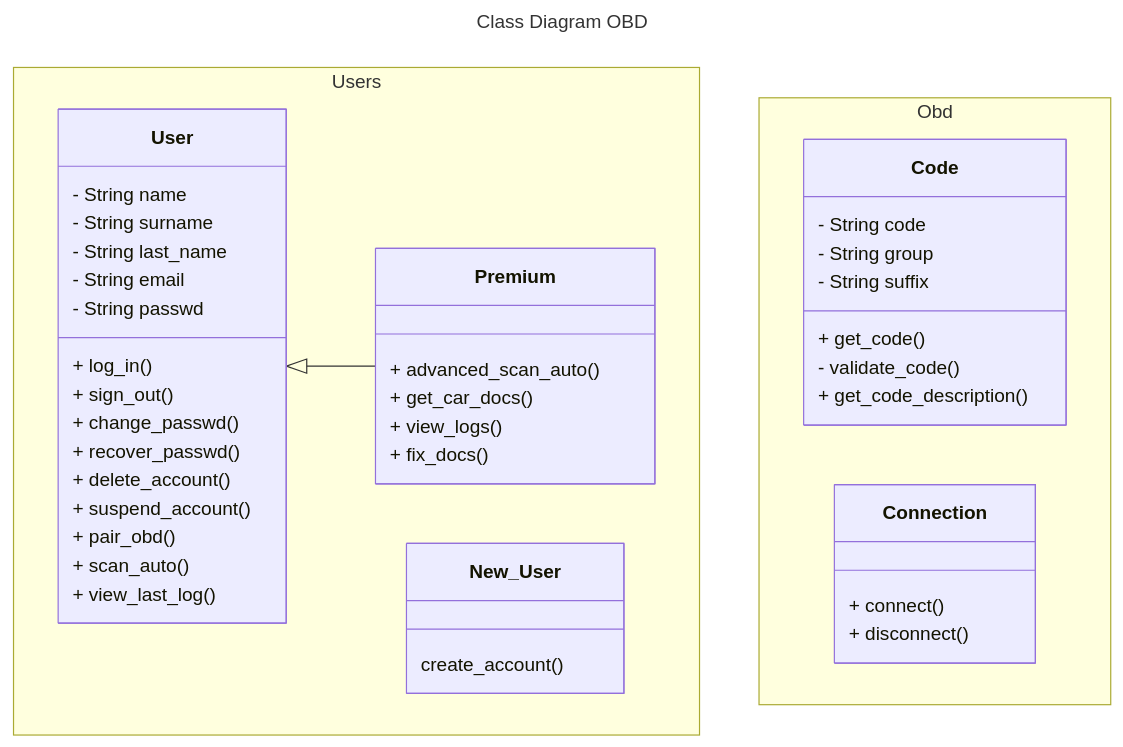
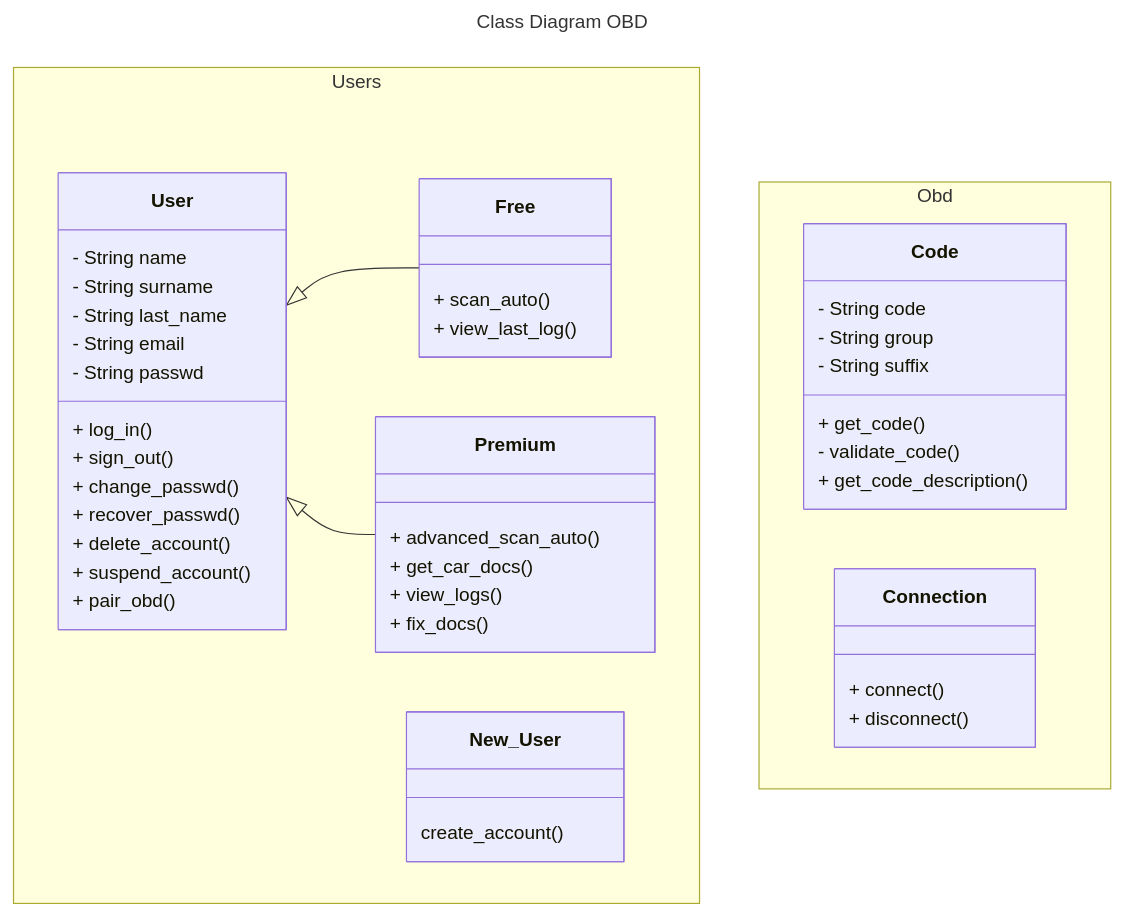
One commit to Jcee02/Laboratorio_Abierto_Dise-o_IL372 changed the diagram in docs/modeling/diagrama-de-clases/diagrama-de-clases.mmd. Above: the diagram before and after it, drawn with Mermaid. The commit also changed 4 other files, not shown here.

```diff
--- a/docs/modeling/diagrama-de-clases/diagrama-de-clases.mmd
+++ b/docs/modeling/diagrama-de-clases/diagrama-de-clases.mmd
@@ -1,60 +1,64 @@
 ---
 title: Class Diagram OBD
 ---
 classDiagram
   %% Relationtships
+  User <|-- Free
   User <|-- Premium
 
   namespace Users {
 
     class New_User {
       create_account()
     }
 
     class User {
       - String name
       - String surname
       - String last_name
       - String email
       - String passwd
 
       %% Account Managment
       + log_in()
       + sign_out()
       + change_passwd()
       + recover_passwd()
       + delete_account()
       + suspend_account()
 
       %% Functionalities
       + pair_obd()
+    }
+
+    class Free {
       + scan_auto()
       + view_last_log()
     }
 
     class Premium {
+      %% NOTE: We could implement IA
       + advanced_scan_auto()
       + get_car_docs()
       + view_logs()
-      %% NOTE: We could implement IA
       + fix_docs()
     }
   }
 
   namespace Obd {
     class Code {
       - String code
       - String group
       - String suffix
 
       + get_code()
       %% TODO: Rename set_group_and_code() for validate_code()
       - validate_code()
       + get_code_description()
     }
 
     class Connection {
       + connect()
       + disconnect()
     }
 }
```
